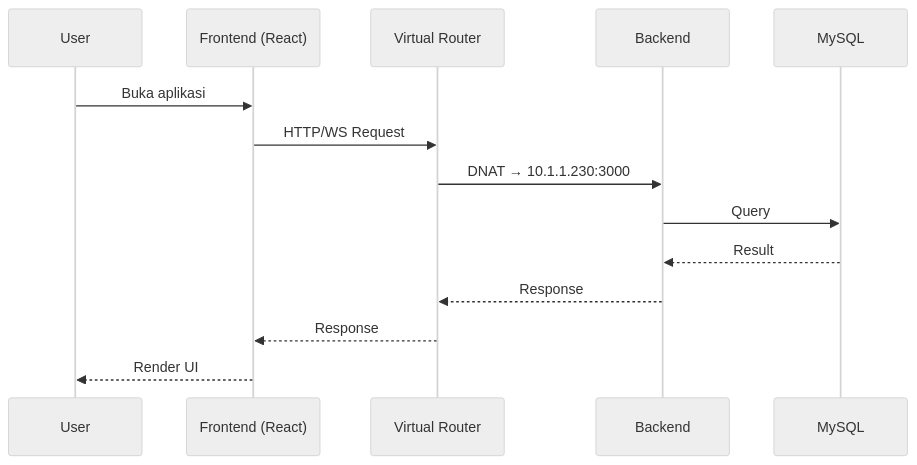
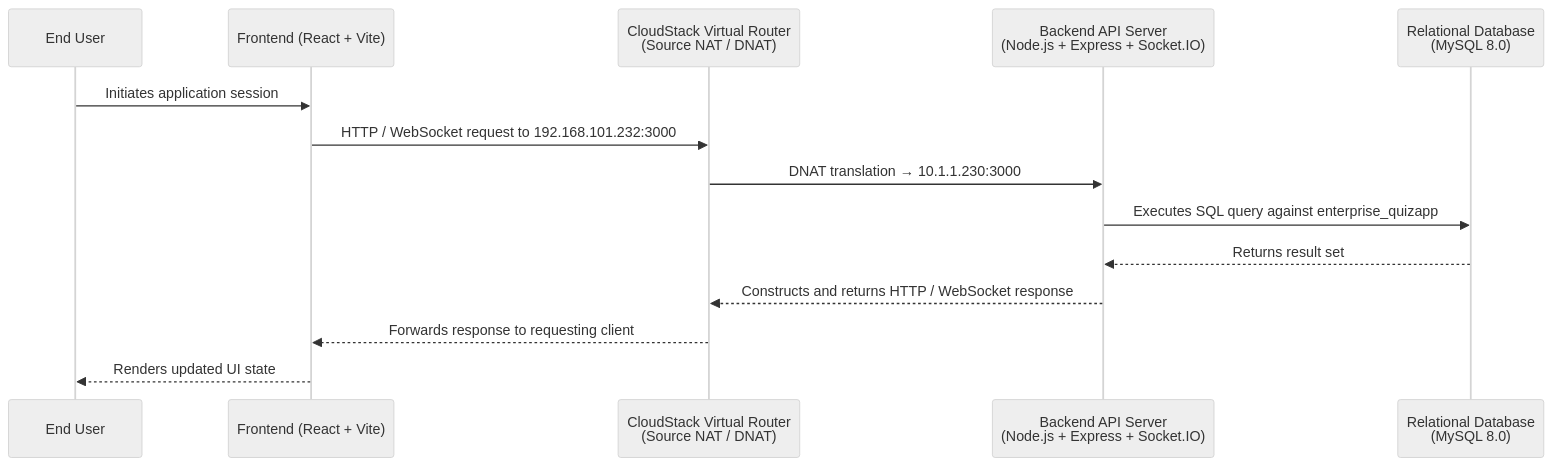
One commit to DHard4114/CloudStack-5 changed the second of 3 diagrams in README.md. Above: the diagram before and after it, drawn with Mermaid (neutral theme). The commit also changed other lines of this file and 3 other files, not shown here.

````diff
--- a/README.md
+++ b/README.md
@@ -135,17 +139,17 @@
 ```mermaid
 sequenceDiagram
-    participant U as User
-    participant FE as Frontend (React)
-    participant VR as Virtual Router
-    participant API as Backend
-    participant DB as MySQL
+    participant U as End User
+    participant FE as Frontend (React + Vite)
+    participant VR as CloudStack Virtual Router<br/>(Source NAT / DNAT)
+    participant API as Backend API Server<br/>(Node.js + Express + Socket.IO)
+    participant DB as Relational Database<br/>(MySQL 8.0)
 
-    U->>FE: Buka aplikasi
-    FE->>VR: HTTP/WS Request
-    VR->>API: DNAT → 10.1.1.230:3000
-    API->>DB: Query   
-    DB-->>API: Result
-    API-->>VR: Response       
-    VR-->>FE: Response
-    FE-->>U: Render UI
+    U->>FE: Initiates application session
+    FE->>VR: HTTP / WebSocket request to 192.168.101.232:3000
+    VR->>API: DNAT translation → 10.1.1.230:3000
+    API->>DB: Executes SQL query against enterprise_quizapp
+    DB-->>API: Returns result set
+    API-->>VR: Constructs and returns HTTP / WebSocket response
+    VR-->>FE: Forwards response to requesting client
+    FE-->>U: Renders updated UI state
 ```
````
